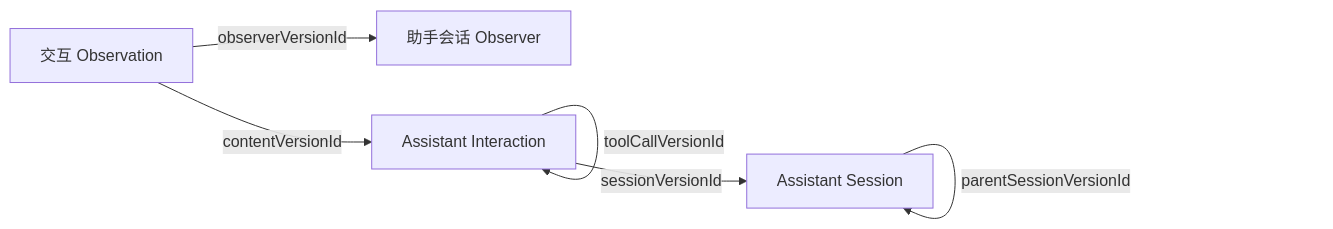
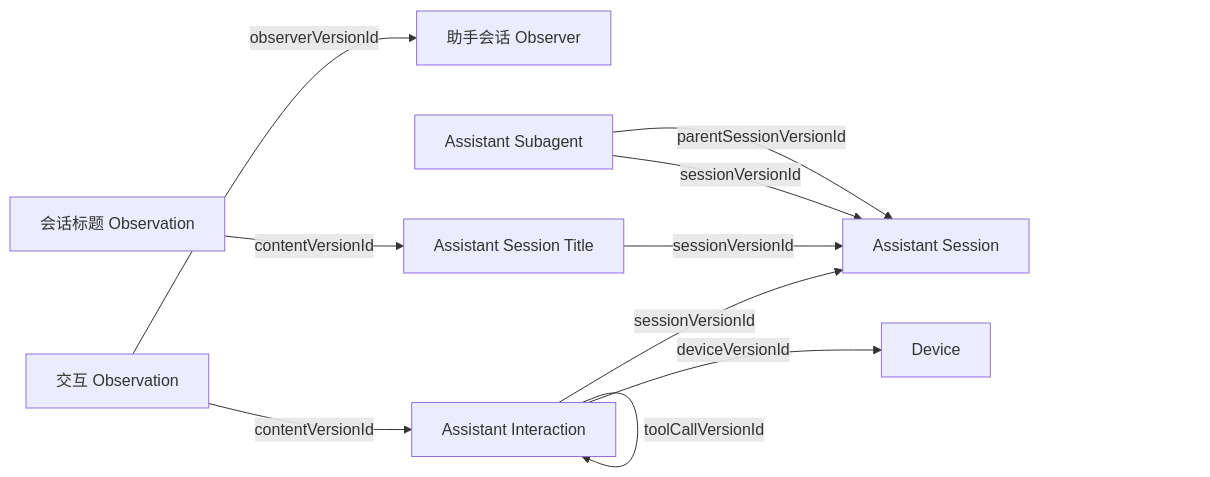
One commit to shenxianovo/Heartbeat changed the diagram in src/Docs/Orisumi.Docs/content/docs/observers/assistant-sessions/index.mdx. Above: the diagram before and after it, drawn with Mermaid. The commit also changed other lines of this file and 97 other files, not shown here.

````diff
--- a/src/Docs/Orisumi.Docs/content/docs/observers/assistant-sessions/index.mdx
+++ b/src/Docs/Orisumi.Docs/content/docs/observers/assistant-sessions/index.mdx
@@ -20,12 +22,19 @@
 ```mermaid
 flowchart LR
   O[交互 Observation] -->|observerVersionId| R[助手会话 Observer]
   O -->|contentVersionId| I[Assistant Interaction]
   I -->|sessionVersionId| S[Assistant Session]
+  I -->|deviceVersionId| D[Device]
   I -->|toolCallVersionId| I
-  S -->|parentSessionVersionId| S
+  T[会话标题 Observation] -->|contentVersionId| L[Assistant Session Title]
+  L -->|sessionVersionId| S
+  G[Assistant Subagent] -->|sessionVersionId| S
+  G -->|parentSessionVersionId| S
   click O "/core/model/observation"
   click R "/observers/assistant-sessions/assistant-sessions-observer"
   click I "/observers/assistant-sessions/assistant-interaction"
   click S "/observers/assistant-sessions/assistant-session"
+  click D "/observers/device-state/device"
+  click L "/observers/assistant-sessions/assistant-session-title"
+  click G "/observers/assistant-sessions/assistant-subagent"
 ```
````
